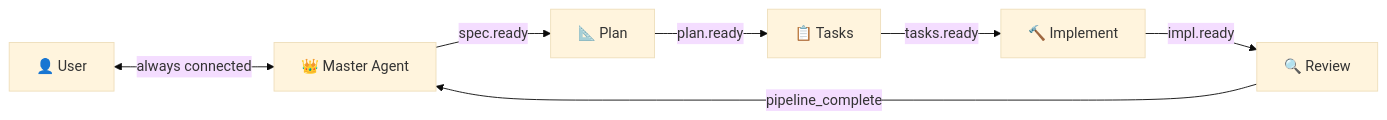
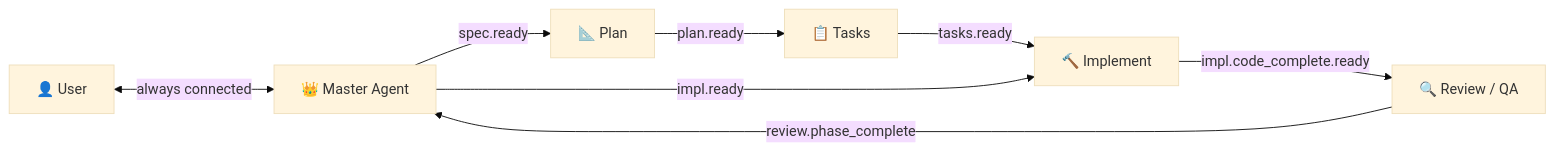
The first of 7 diagrams in docs/AGENT-COMMUNICATION.md (weprodev/FlowAI), drawn with Mermaid (base theme) before and after one commit. The commit also changed other lines of this file and 23 other files, not shown here.

````diff
--- a/docs/AGENT-COMMUNICATION.md
+++ b/docs/AGENT-COMMUNICATION.md
@@ -40,9 +40,10 @@
 ```mermaid
 flowchart LR
     User["👤 User"] <-->|"always connected"| Master["👑 Master Agent"]
     Master -->|"spec.ready"| Plan["📐 Plan"]
     Plan -->|"plan.ready"| Tasks["📋 Tasks"]
     Tasks -->|"tasks.ready"| Impl["🔨 Implement"]
-    Impl -->|"impl.ready"| Review["🔍 Review"]
-    Review -->|"pipeline_complete"| Master
+    Impl -->|"impl.code_complete.ready"| Review["🔍 Review / QA"]
+    Review -->|"review.phase_complete"| Master
+    Master -->|"impl.ready"| Impl
 ```
````
